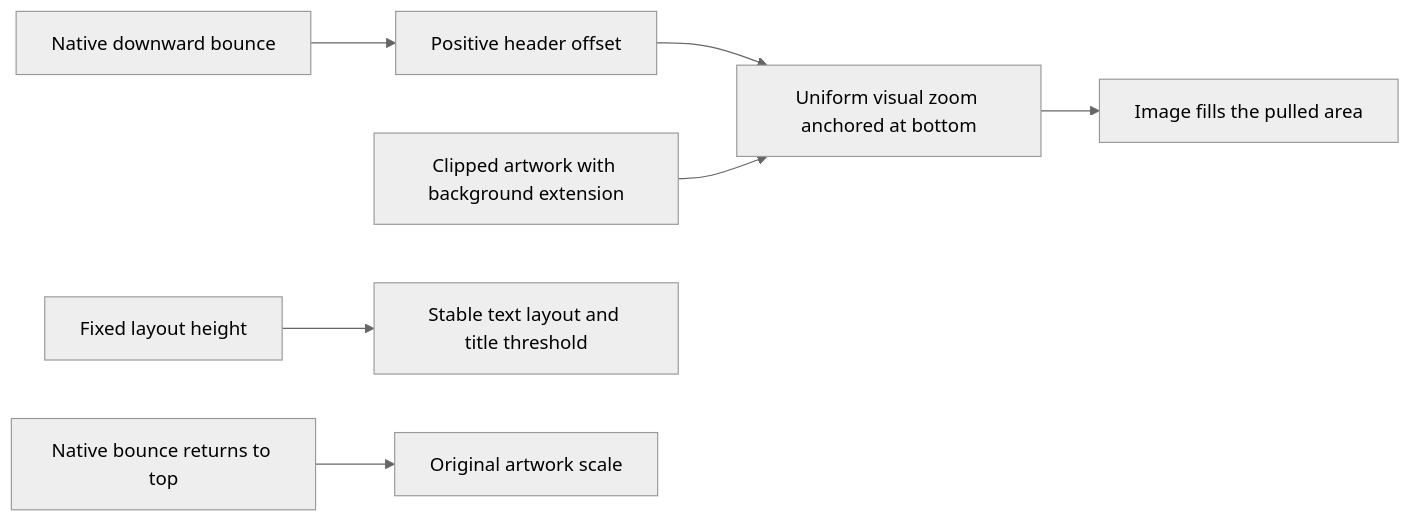
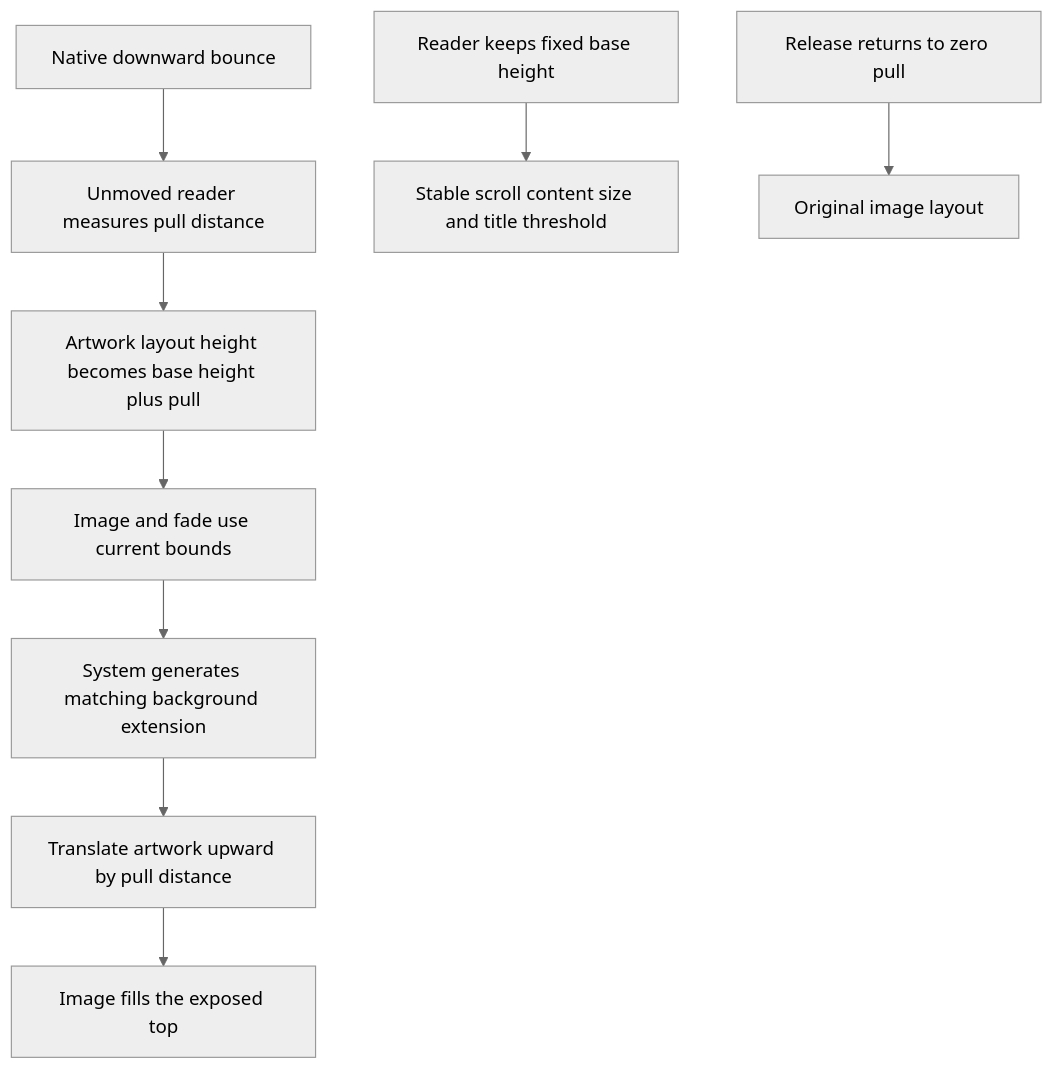
One commit to LambdaDigamma/moers-ios changed the eighth of 10 diagrams in ios/moers festival/RESIZABILITY.md. Above: the diagram before and after it, drawn with Mermaid (neutral theme). The commit also changed other lines of this file and 9 other files, not shown here.

````diff
--- a/ios/moers festival/RESIZABILITY.md
+++ b/ios/moers festival/RESIZABILITY.md
@@ -316,9 +318,11 @@
 ```mermaid
-flowchart LR
-    P[Native downward bounce] --> D[Positive header offset]
-    D --> Z[Uniform visual zoom anchored at bottom]
-    A[Clipped artwork with background extension] --> Z
-    Z --> I[Image fills the pulled area]
-    L[Fixed layout height] --> T[Stable text layout and title threshold]
-    R[Native bounce returns to top] --> O[Original artwork scale]
+flowchart TD
+    P[Native downward bounce] --> D[Unmoved reader measures pull distance]
+    D --> H[Artwork layout height becomes base height plus pull]
+    H --> C[Image and fade use current bounds]
+    C --> E[System generates matching background extension]
+    E --> U[Translate artwork upward by pull distance]
+    F[Reader keeps fixed base height] --> S[Stable scroll content size and title threshold]
+    U --> V[Image fills the exposed top]
+    R[Release returns to zero pull] --> O[Original image layout]
 ```
````
